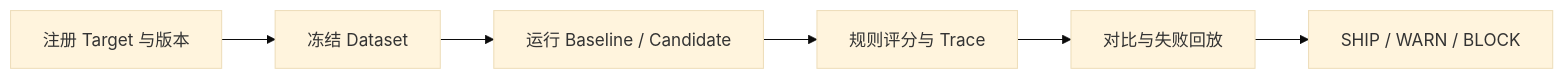
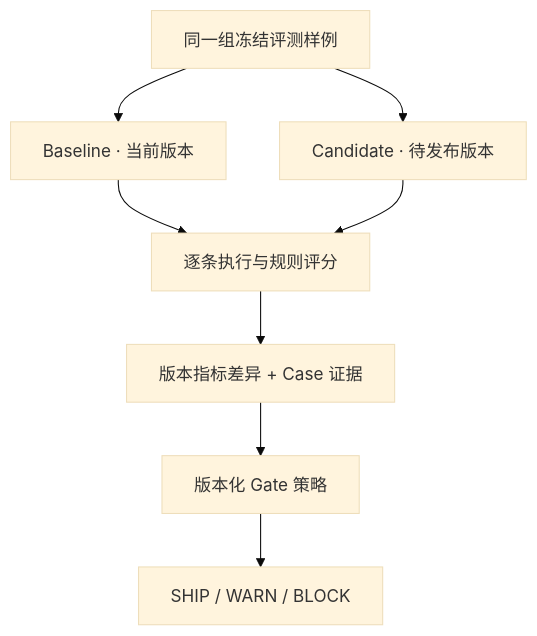
The diagram in README.md (xbzz1018/agent-quality-gate), drawn with Mermaid (base theme) before and after one commit. The commit also changed other lines of this file and 2 other files, not shown here.

````diff
--- a/README.md
+++ b/README.md
@@ -11,8 +21,10 @@
 ```mermaid
-flowchart LR
-    A[注册 Target 与版本] --> B[冻结 Dataset]
-    B --> C[运行 Baseline / Candidate]
-    C --> D[规则评分与 Trace]
-    D --> E[对比与失败回放]
-    E --> F[SHIP / WARN / BLOCK]
+flowchart TD
+    A["同一组冻结评测样例"] --> B["Baseline · 当前版本"]
+    A --> C["Candidate · 待发布版本"]
+    B --> D["逐条执行与规则评分"]
+    C --> D
+    D --> E["版本指标差异 + Case 证据"]
+    E --> F["版本化 Gate 策略"]
+    F --> G["SHIP / WARN / BLOCK"]
 ```
````
